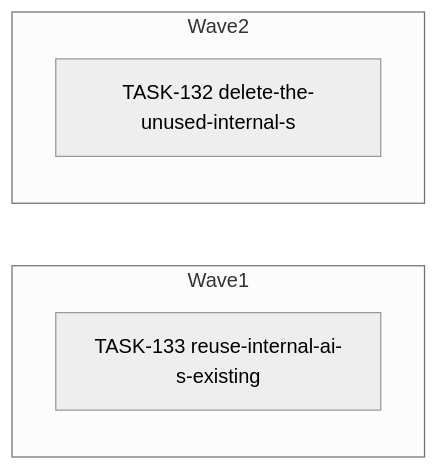
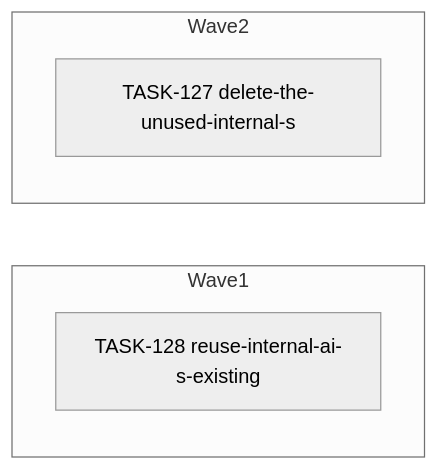
Before and after one commit to falkcorp/audiobook-organizer: the diagram in docs/agent-tasks/todo-completion/scanner/orchestration.md, drawn with Mermaid (neutral theme). The commit also changed other lines of this file and 428 other files, not shown here.

````diff
--- a/docs/agent-tasks/todo-completion/scanner/orchestration.md
+++ b/docs/agent-tasks/todo-completion/scanner/orchestration.md
@@ -12,10 +12,10 @@
 ```mermaid
 flowchart LR
     subgraph Wave1
-      TASK133[TASK-133 reuse-internal-ai-s-existing]
+      TASK128[TASK-128 reuse-internal-ai-s-existing]
     end
     subgraph Wave2
-      TASK132[TASK-132 delete-the-unused-internal-s]
+      TASK127[TASK-127 delete-the-unused-internal-s]
     end
 
 ```
````
